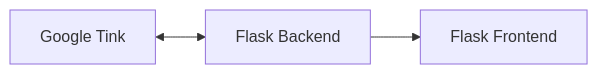
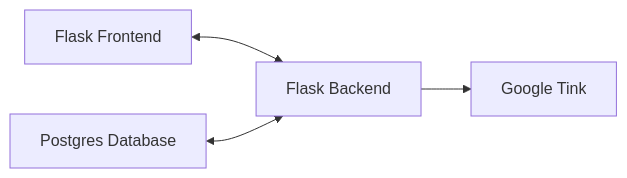
One commit to GuillaumeDorschner/ESILV-Cryptography-S8-1 changed the first of 3 diagrams in README.md. Above: the diagram before and after it, drawn with Mermaid. The commit also changed other lines of this file and 3 other files, not shown here.

````diff
--- a/README.md
+++ b/README.md
@@ -25,5 +25,6 @@
 ```mermaid
 graph LR
-    A[Google Tink] <--> Server[Flask Backend]
-    Server --> B[Flask Frontend]
+    Front[Flask Frontend] <--> Server
+    Database[Postgres Database] <--> Server
+    Server[Flask Backend] --> Tink[Google Tink]
 ```
````
